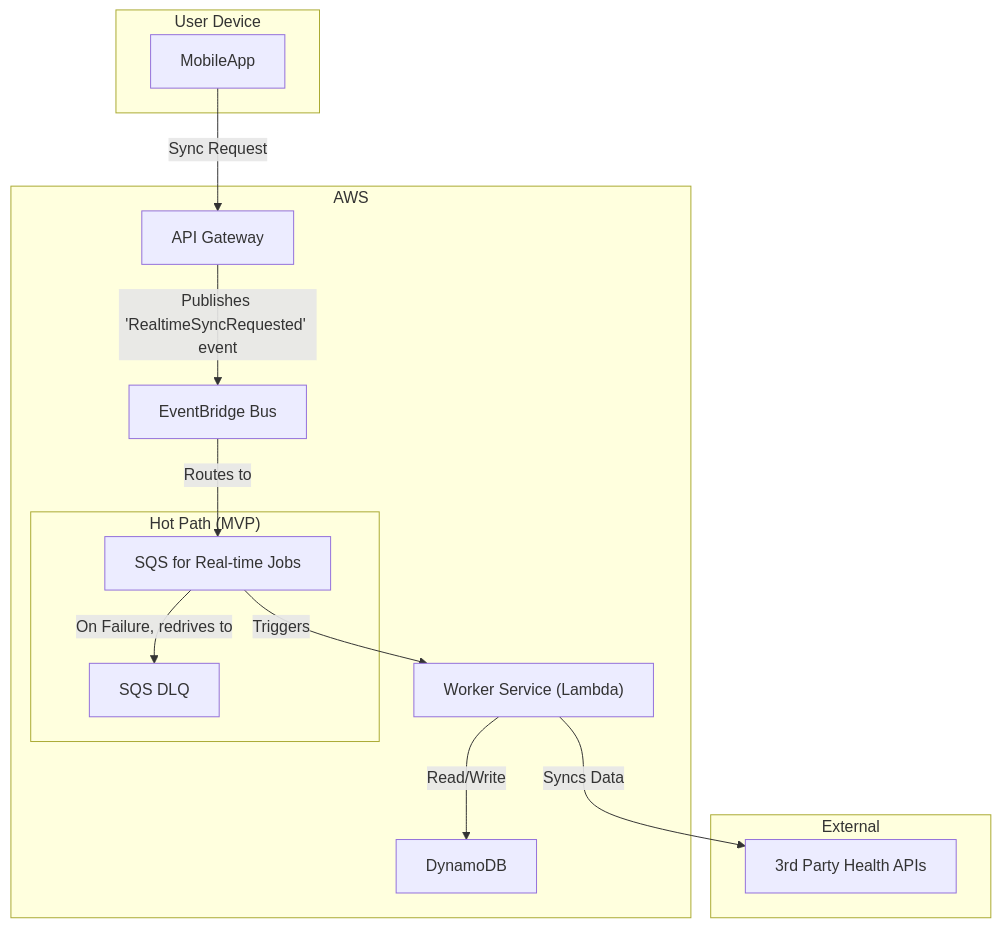
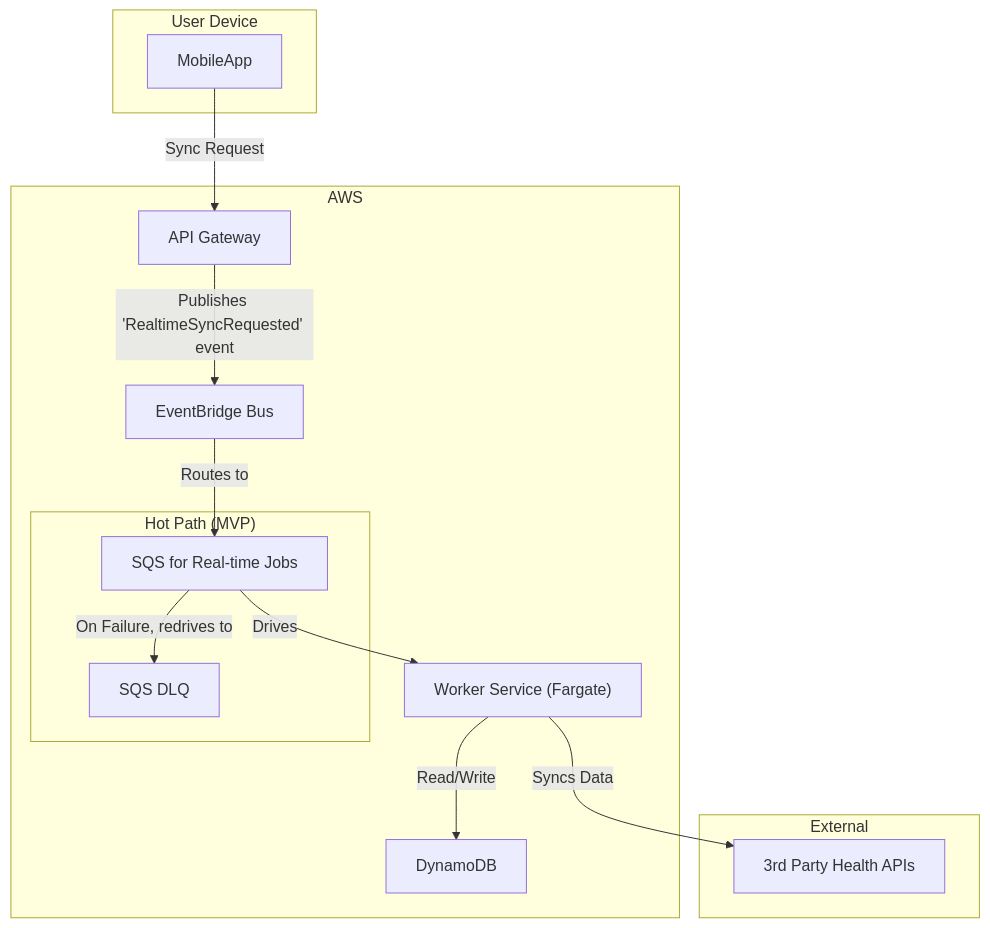
Before and after one commit to dino10bit/healthsync: the first of 4 diagrams in 05-data-sync.md, drawn with Mermaid. The commit also changed other lines of this file and 3 other files, not shown here.

````diff
--- a/05-data-sync.md
+++ b/05-data-sync.md
@@ -126,31 +130,31 @@
 ```mermaid
 graph TD
     subgraph User Device
         MobileApp
     end
     subgraph AWS
         APIGateway[API Gateway]
         EventBridge[EventBridge Bus]
 
         subgraph "Hot Path (MVP)"
             HotQueue[SQS for Real-time Jobs]
             DLQ_SQS[SQS DLQ]
         end
 
-        WorkerLambda["Worker Service (Lambda)"]
+        WorkerFargateTask["Worker Service (Fargate)"]
         DynamoDB[DynamoDB]
     end
     subgraph External
         ThirdPartyAPIs[3rd Party Health APIs]
     end
 
     MobileApp -- Sync Request --> APIGateway
 
     APIGateway -- "Publishes 'RealtimeSyncRequested' event" --> EventBridge
     EventBridge -- "Routes to" --> HotQueue
-    HotQueue -- Triggers --> WorkerLambda
+    HotQueue -- Drives --> WorkerFargateTask
     HotQueue -- "On Failure, redrives to" --> DLQ_SQS
 
-    WorkerLambda -- Read/Write --> DynamoDB
-    WorkerLambda -- Syncs Data --> ThirdPartyAPIs
+    WorkerFargateTask -- Read/Write --> DynamoDB
+    WorkerFargateTask -- Syncs Data --> ThirdPartyAPIs
 ```
````
